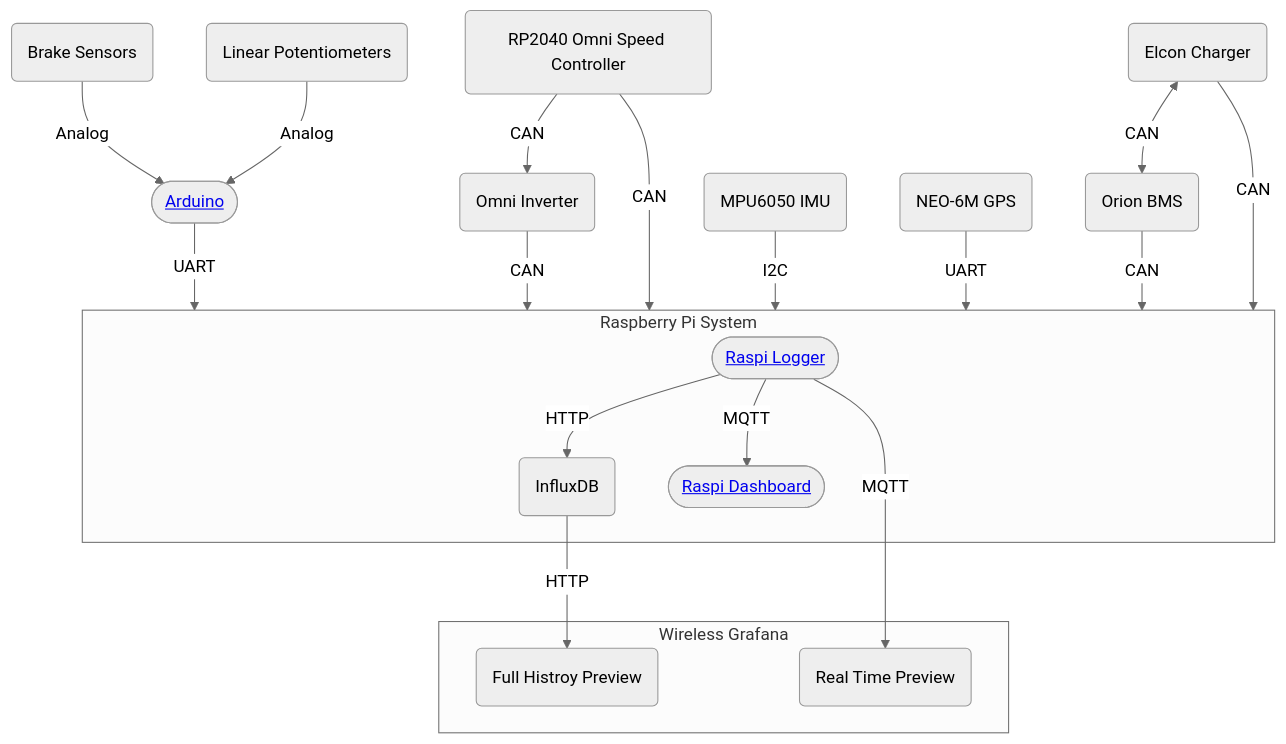
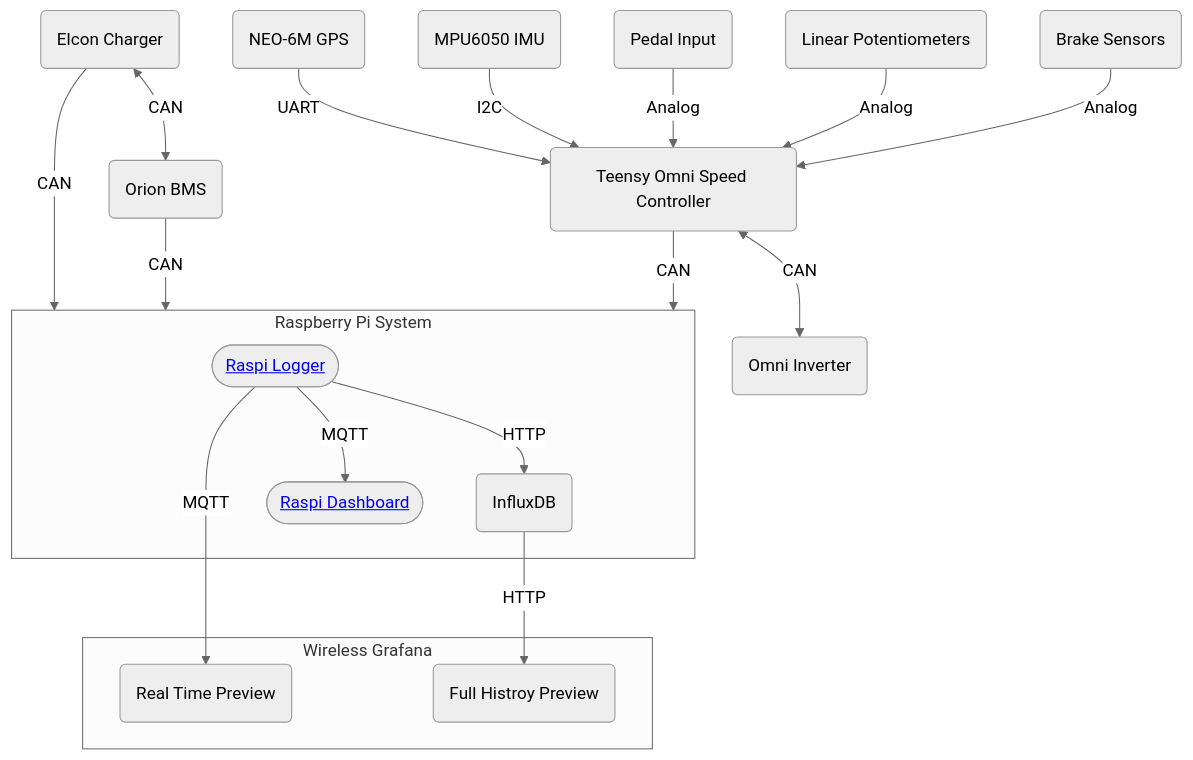
Before and after one commit to Anteater-Electric-Racing/embedded: the diagram in README.md, drawn with Mermaid (neutral theme).

Commit message:
update based on meeting

````diff
--- a/README.md
+++ b/README.md
@@ -3,22 +3,22 @@
 ```mermaid
 flowchart TD
-    B(Brake Sensors) -->|Analog| A(["<a href='https://github.com/AlistairKeiller/FSAE/tree/master/fsae-arduino' target='_blank'>Arduino</a>"])
-    L(Linear Potentiometers) -->|Analog| A
-    A -->|UART| Pi
+    B(Brake Sensors) -->|Analog| SC(["<a href='https://github.com/AlistairKeiller/FSAE/tree/master/fsae-arduino' target='_blank'>Arduino</a>"])
+    L(Linear Potentiometers) -->|Analog| SC
+    PI(Pedal Input) -->|Analog| SC
     O(Orion BMS) -->|CAN| Pi
-    OI(Omni Inverter) -->|CAN| Pi
-    SC(RP2040 Omni Speed Controller) -->|CAN| Pi
-    IMU(MPU6050 IMU) -->|I2C| Pi
-    GPS(NEO-6M GPS) -->|UART| Pi
+    %% OI(Omni Inverter) -->|CAN| Pi
+    SC(Teensy Omni Speed Controller) -->|CAN| Pi
+    IMU(MPU6050 IMU) -->|I2C| SC
+    GPS(NEO-6M GPS) -->|UART| SC
     IMS(Elcon Charger) -->|CAN| Pi
     IMS(Elcon Charger) <-->|CAN| O
-    SC(RP2040 Omni Speed Controller) -->|CAN| OI
+    SC(Teensy Omni Speed Controller) <-->|CAN| OI(Omni Inverter)
     subgraph Pi[Raspberry Pi System]
         R(["<a href='https://github.com/AlistairKeiller/FSAE/tree/master/fsae-raspi' target='_blank'>Raspi Logger</a>"]) -->|HTTP| I(InfluxDB)
         R -->|MQTT| D(["<a href='https://github.com/AlistairKeiller/FSAE/tree/master/fsae-dashboard' target='_blank'>Raspi Dashboard</a>"])
     end
     subgraph Graphana[Wireless Grafana]
         I -->|HTTP| F(Full Histroy Preview)
         R -->|MQTT| P(Real Time Preview)
     end
 ```
````
